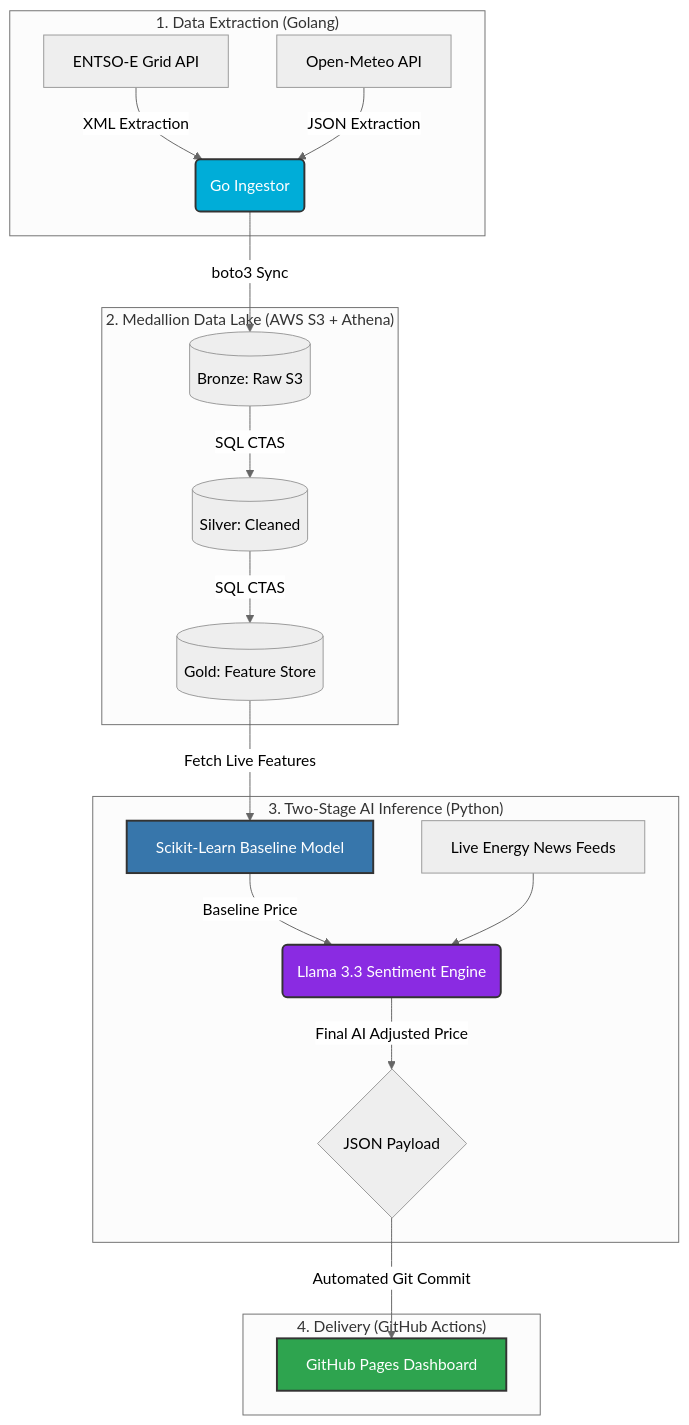
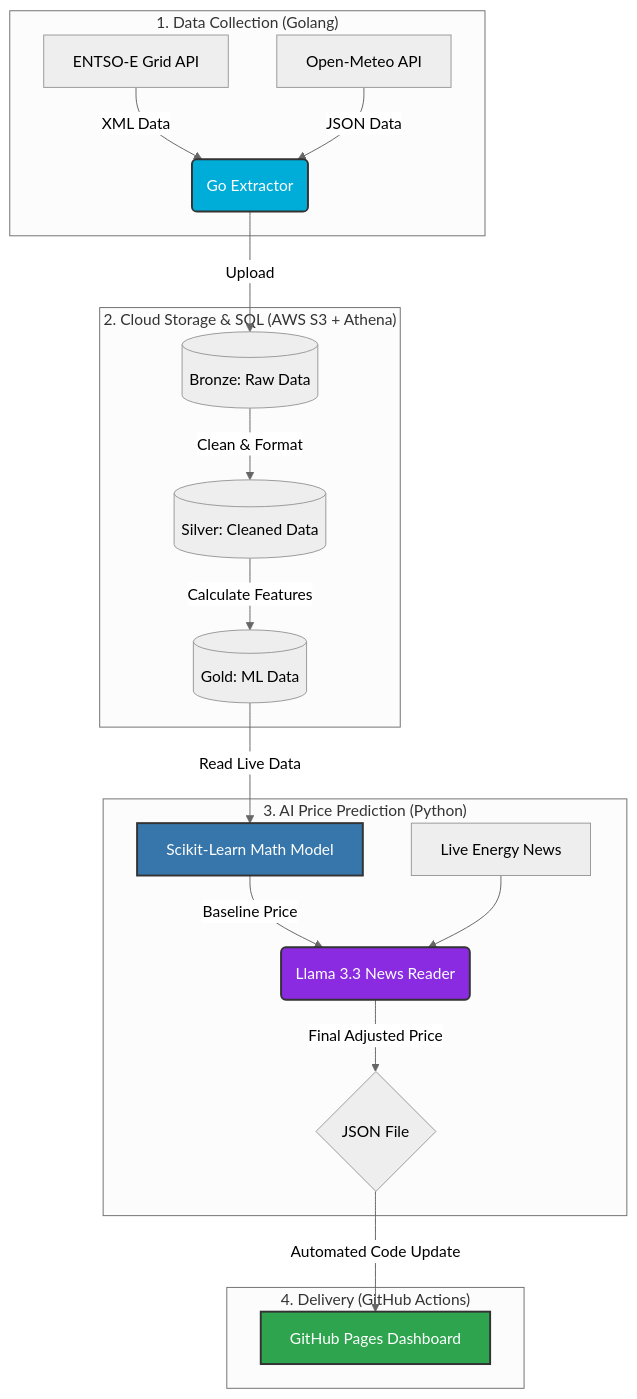
One commit to sheddiboo/eu-energy-forecast changed the diagram in README.md. Above: the diagram before and after it, drawn with Mermaid (neutral theme). The commit also changed other lines of this file, not shown here.

````diff
--- a/README.md
+++ b/README.md
@@ -46,31 +48,30 @@
 ```mermaid
 graph TD;
-    subgraph "1. Data Extraction (Golang)"
-        A[ENTSO-E Grid API] -->|XML Extraction| C(Go Ingestor)
-        B[Open-Meteo API] -->|JSON Extraction| C
+    subgraph "1. Data Collection (Golang)"
+        A[ENTSO-E Grid API] -->|XML Data| C(Go Extractor)
+        B[Open-Meteo API] -->|JSON Data| C
     end
 
-    subgraph "2. Medallion Data Lake (AWS S3 + Athena)"
-        C -->|boto3 Sync| D[(Bronze: Raw S3)]
-        D -->|SQL CTAS| E[(Silver: Cleaned)]
-        E -->|SQL CTAS| F[(Gold: Feature Store)]
+    subgraph "2. Cloud Storage & SQL (AWS S3 + Athena)"
+        C -->|Upload| D[(Bronze: Raw Data)]
+        D -->|Clean & Format| E[(Silver: Cleaned Data)]
+        E -->|Calculate Features| F[(Gold: ML Data)]
     end
 
-    subgraph "3. Two-Stage AI Inference (Python)"
-        F -->|Fetch Live Features| G[Scikit-Learn Baseline Model]
-        G -->|Baseline Price| H(Llama 3.3 Sentiment Engine)
-        I[Live Energy News Feeds] --> H
-        H -->|Final AI Adjusted Price| J{JSON Payload}
+    subgraph "3. AI Price Prediction (Python)"
+        F -->|Read Live Data| G[Scikit-Learn Math Model]
+        G -->|Baseline Price| H(Llama 3.3 News Reader)
+        I[Live Energy News] --> H
+        H -->|Final Adjusted Price| J{JSON File}
     end
 
     subgraph "4. Delivery (GitHub Actions)"
-        J -->|Automated Git Commit| K[GitHub Pages Dashboard]
+        J -->|Automated Code Update| K[GitHub Pages Dashboard]
     end
 
-    %% Bruin Orchestrator Overlap
     style C fill:#00add8,stroke:#333,stroke-width:2px,color:#fff
     style G fill:#3776ab,stroke:#333,stroke-width:2px,color:#fff
     style H fill:#8a2be2,stroke:#333,stroke-width:2px,color:#fff
     style K fill:#2ea44f,stroke:#333,stroke-width:2px,color:#fff
 
 ```
````
